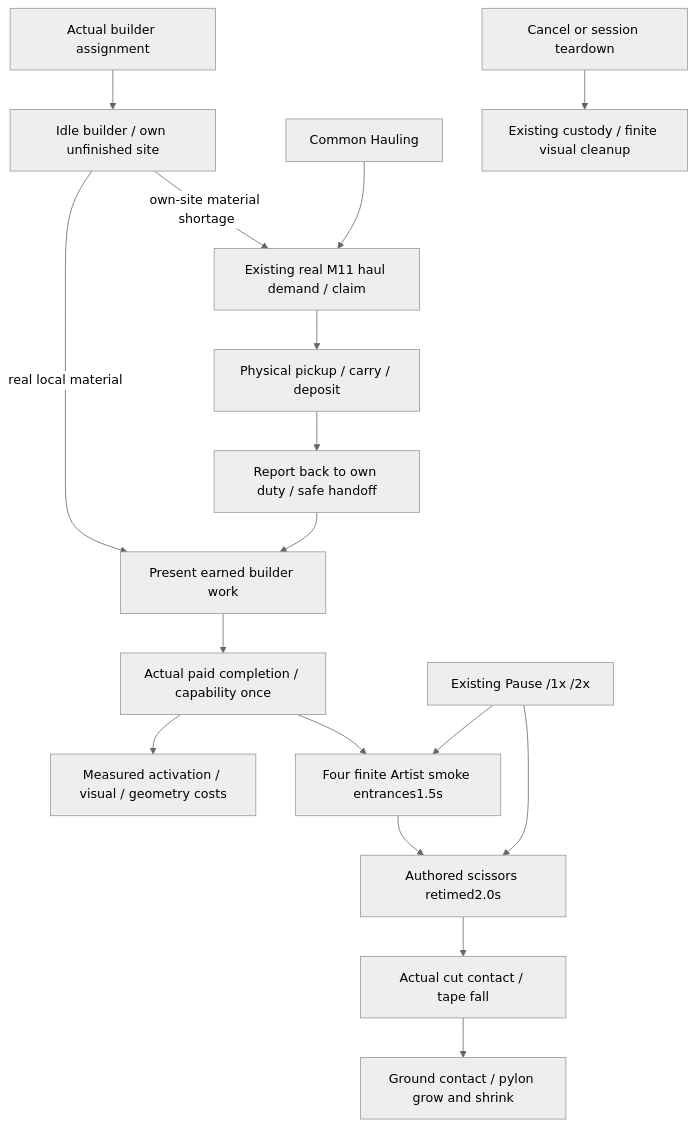
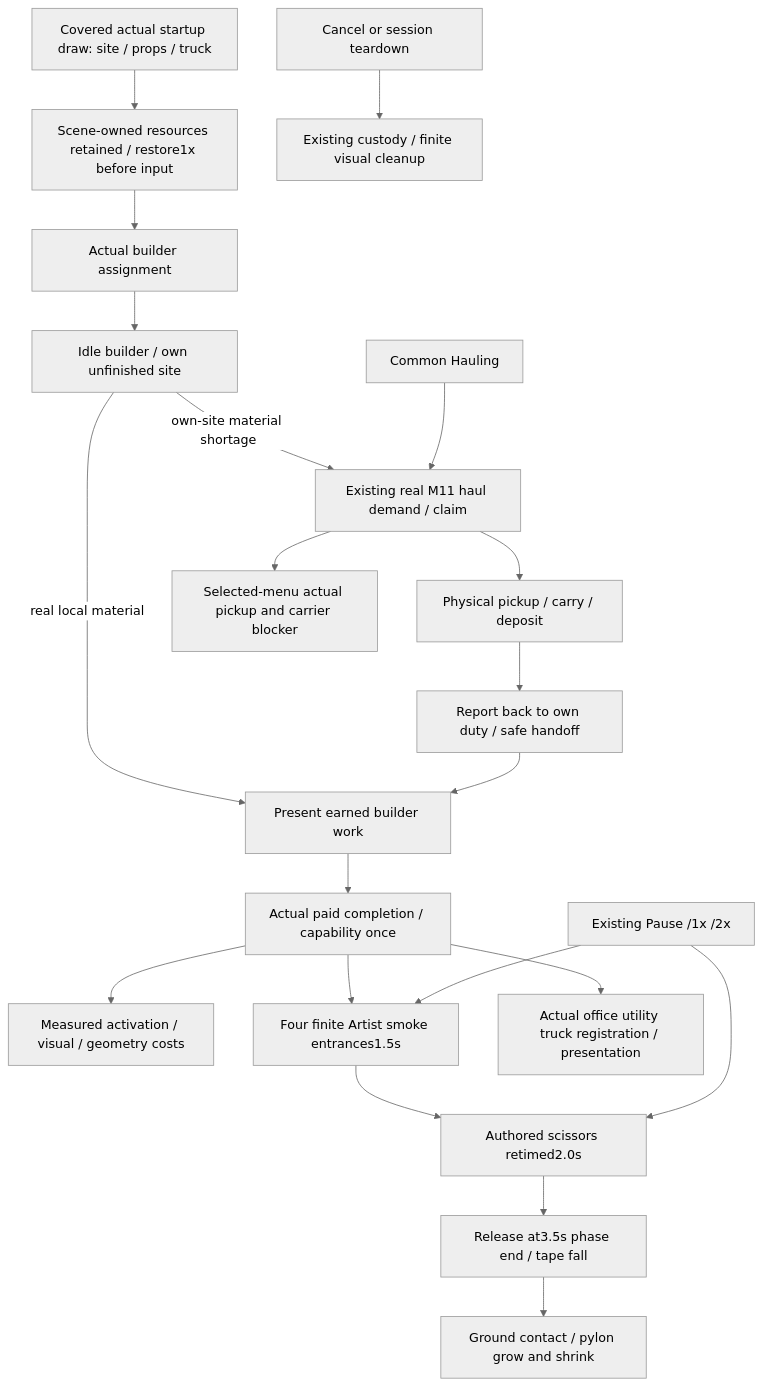
One commit to TheInfinityIQ/Trencho_V4 changed the diagram in docs/diagrams/construction_delivery_completion.mmd. Above: the diagram before and after it, drawn with Mermaid (neutral theme). The commit also changed 31 other files, not shown here.

```diff
--- a/docs/diagrams/construction_delivery_completion.mmd
+++ b/docs/diagrams/construction_delivery_completion.mmd
@@ -1,17 +1,21 @@
 flowchart TD
+  Startup[Covered actual startup draw: site / props / truck] --> Refs[Scene-owned resources retained / restore1x before input]
+  Refs --> Assign
   Assign[Actual builder assignment] --> Ready[Idle builder / own unfinished site]
   Ready -->|real local material| Build[Present earned builder work]
   Ready -->|own-site material shortage| Claim[Existing real M11 haul demand / claim]
   Common[Common Hauling] --> Claim
   Claim --> Carry[Physical pickup / carry / deposit]
   Carry --> Report[Report back to own duty / safe handoff]
   Report --> Build
   Build --> Complete[Actual paid completion / capability once]
   Complete --> Profile[Measured activation / visual / geometry costs]
   Complete --> Smoke[Four finite Artist smoke entrances1.5s]
   Smoke --> Snip[Authored scissors retimed2.0s]
-  Snip --> Tape[Actual cut contact / tape fall]
+  Snip --> Tape[Release at3.5s phase end / tape fall]
+  Complete --> Truck[Actual office utility truck registration / presentation]
+  Claim --> Status[Selected-menu actual pickup and carrier blocker]
   Tape --> Pylon[Ground contact / pylon grow and shrink]
   Pause[Existing Pause /1x /2x] --> Smoke
   Pause --> Snip
   Cancel[Cancel or session teardown] --> Safe[Existing custody / finite visual cleanup]
```
